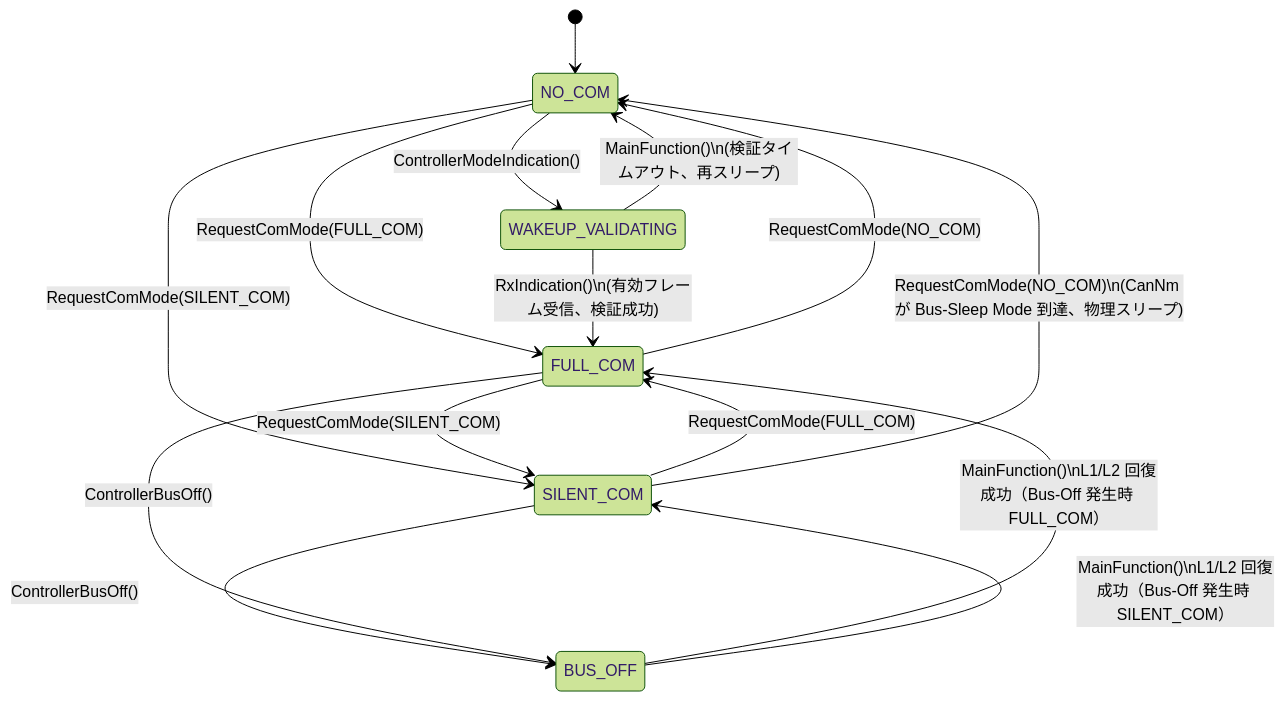
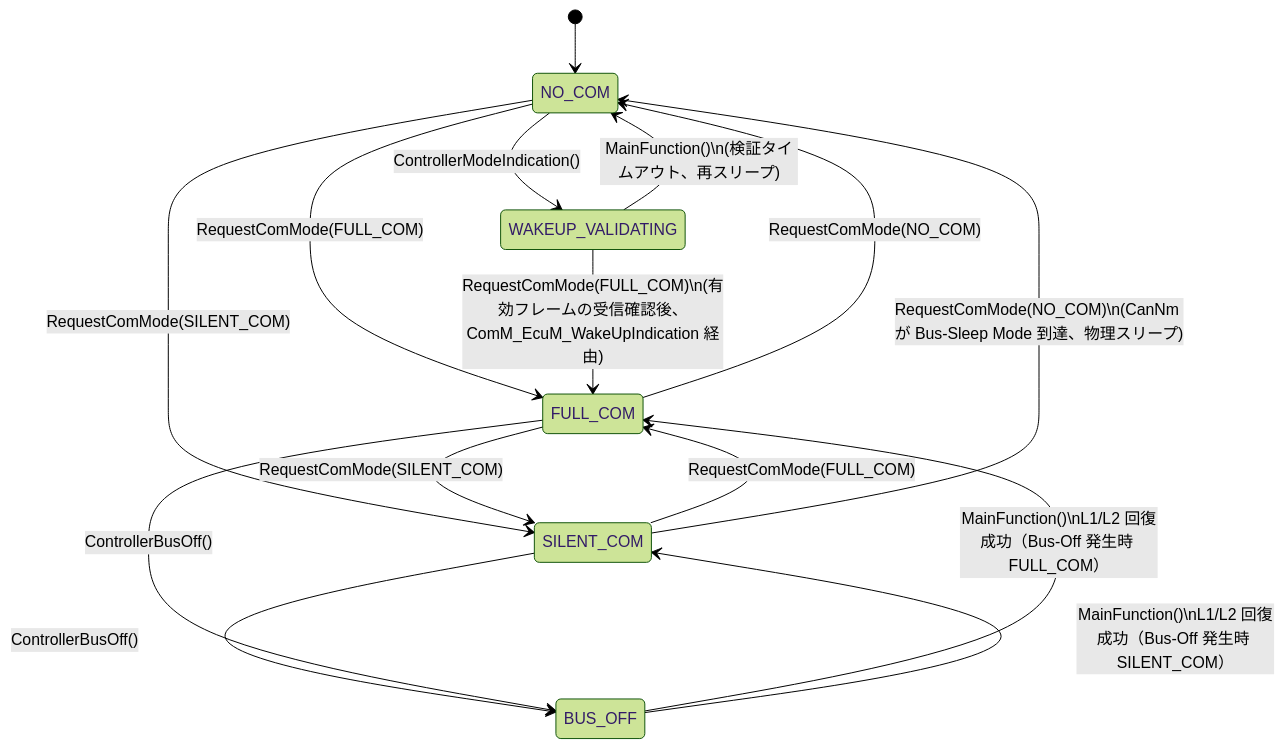
One commit to takahiro-takase/arduino-autosar-my-study changed the diagram in docs/modules/CanSM_Notes.md. Above: the diagram before and after it, drawn with Mermaid (forest theme). The commit also changed other lines of this file and 58 other files, not shown here.

````diff
--- a/docs/modules/CanSM_Notes.md
+++ b/docs/modules/CanSM_Notes.md
@@ -40,22 +40,22 @@
 ```mermaid
 stateDiagram-v2
     [*] --> NO_COM
 
     NO_COM --> FULL_COM: RequestComMode(FULL_COM)
     NO_COM --> SILENT_COM: RequestComMode(SILENT_COM)
     NO_COM --> WAKEUP_VALIDATING: ControllerModeIndication()
 
     SILENT_COM --> FULL_COM: RequestComMode(FULL_COM)
     SILENT_COM --> NO_COM: RequestComMode(NO_COM)\n(CanNm が Bus-Sleep Mode 到達、物理スリープ)
     SILENT_COM --> BUS_OFF: ControllerBusOff()
 
     FULL_COM --> NO_COM: RequestComMode(NO_COM)
     FULL_COM --> SILENT_COM: RequestComMode(SILENT_COM)
     FULL_COM --> BUS_OFF: ControllerBusOff()
 
     BUS_OFF --> FULL_COM: MainFunction()\nL1/L2 回復成功（Bus-Off 発生時 FULL_COM）
     BUS_OFF --> SILENT_COM: MainFunction()\nL1/L2 回復成功（Bus-Off 発生時 SILENT_COM）
 
-    WAKEUP_VALIDATING --> FULL_COM: RxIndication()\n(有効フレーム受信、検証成功)
+    WAKEUP_VALIDATING --> FULL_COM: RequestComMode(FULL_COM)\n(有効フレームの受信確認後、ComM_EcuM_WakeUpIndication 経由)
     WAKEUP_VALIDATING --> NO_COM: MainFunction()\n(検証タイムアウト、再スリープ)
 ```
````
